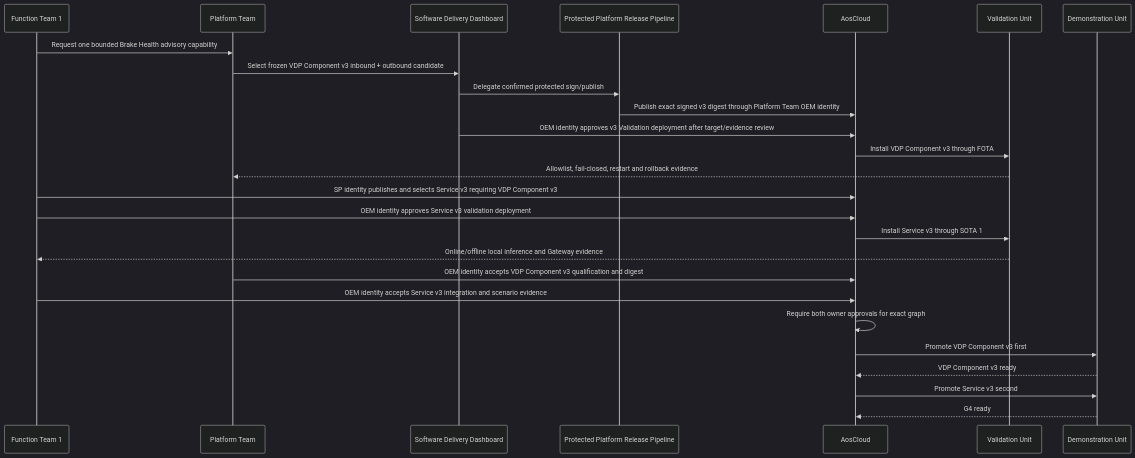
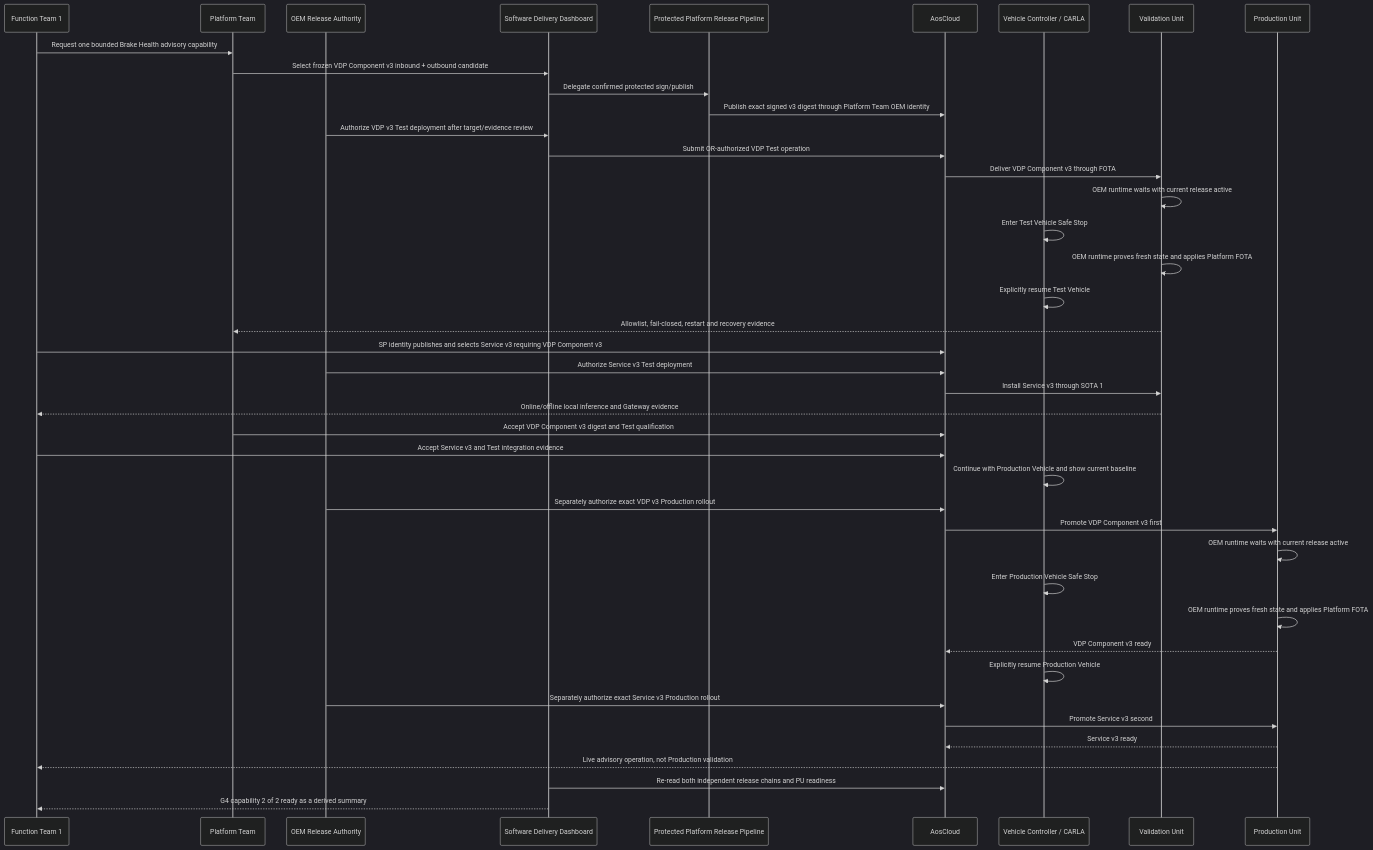
One commit to alexmaninblack/aosedge-sdv-demo changed diagram 15 of 22 in docs/architecture/demo-scenario-architecture-flows.md. Above: the diagram before and after it, drawn with Mermaid (dark theme). The commit also changed other lines of this file and 176 other files, not shown here.

````diff
--- a/docs/architecture/demo-scenario-architecture-flows.md
+++ b/docs/architecture/demo-scenario-architecture-flows.md
@@ -924,29 +1023,45 @@
 ```mermaid
 sequenceDiagram
     participant FT1 as Function Team 1
     participant PT as Platform Team
+    participant OR as OEM Release Authority
     participant SD as Software Delivery Dashboard
     participant PP as Protected Platform Release Pipeline
     participant AC as AosCloud
+    participant VC as Vehicle Controller / CARLA
     participant VU as Validation Unit
-    participant DU as Demonstration Unit
+    participant PU as Production Unit
 
     FT1->>PT: Request one bounded Brake Health advisory capability
     PT->>SD: Select frozen VDP Component v3 inbound + outbound candidate
     SD->>PP: Delegate confirmed protected sign/publish
     PP->>AC: Publish exact signed v3 digest through Platform Team OEM identity
-    SD->>AC: OEM identity approves v3 Validation deployment after target/evidence review
-    AC->>VU: Install VDP Component v3 through FOTA
-    VU-->>PT: Allowlist, fail-closed, restart and rollback evidence
+    OR->>SD: Authorize VDP v3 Test deployment after target/evidence review
+    SD->>AC: Submit OR-authorized VDP Test operation
+    AC->>VU: Deliver VDP Component v3 through FOTA
+    VU->>VU: OEM runtime waits with current release active
+    VC->>VC: Enter Test Vehicle Safe Stop
+    VU->>VU: OEM runtime proves fresh state and applies Platform FOTA
+    VC->>VC: Explicitly resume Test Vehicle
+    VU-->>PT: Allowlist, fail-closed, restart and recovery evidence
     FT1->>AC: SP identity publishes and selects Service v3 requiring VDP Component v3
-    FT1->>AC: OEM identity approves Service v3 validation deployment
+    OR->>AC: Authorize Service v3 Test deployment
     AC->>VU: Install Service v3 through SOTA 1
     VU-->>FT1: Online/offline local inference and Gateway evidence
-    PT->>AC: OEM identity accepts VDP Component v3 qualification and digest
-    FT1->>AC: OEM identity accepts Service v3 integration and scenario evidence
-    AC->>AC: Require both owner approvals for exact graph
-    AC->>DU: Promote VDP Component v3 first
-    DU-->>AC: VDP Component v3 ready
-    AC->>DU: Promote Service v3 second
-    DU-->>AC: G4 ready
+    PT->>AC: Accept VDP Component v3 digest and Test qualification
+    FT1->>AC: Accept Service v3 and Test integration evidence
+    VC->>VC: Continue with Production Vehicle and show current baseline
+    OR->>AC: Separately authorize exact VDP v3 Production rollout
+    AC->>PU: Promote VDP Component v3 first
+    PU->>PU: OEM runtime waits with current release active
+    VC->>VC: Enter Production Vehicle Safe Stop
+    PU->>PU: OEM runtime proves fresh state and applies Platform FOTA
+    PU-->>AC: VDP Component v3 ready
+    VC->>VC: Explicitly resume Production Vehicle
+    OR->>AC: Separately authorize exact Service v3 Production rollout
+    AC->>PU: Promote Service v3 second
+    PU-->>AC: Service v3 ready
+    PU-->>FT1: Live advisory operation, not Production validation
+    SD->>AC: Re-read both independent release chains and PU readiness
+    SD-->>FT1: G4 capability 2 of 2 ready as a derived summary
 ```
````
